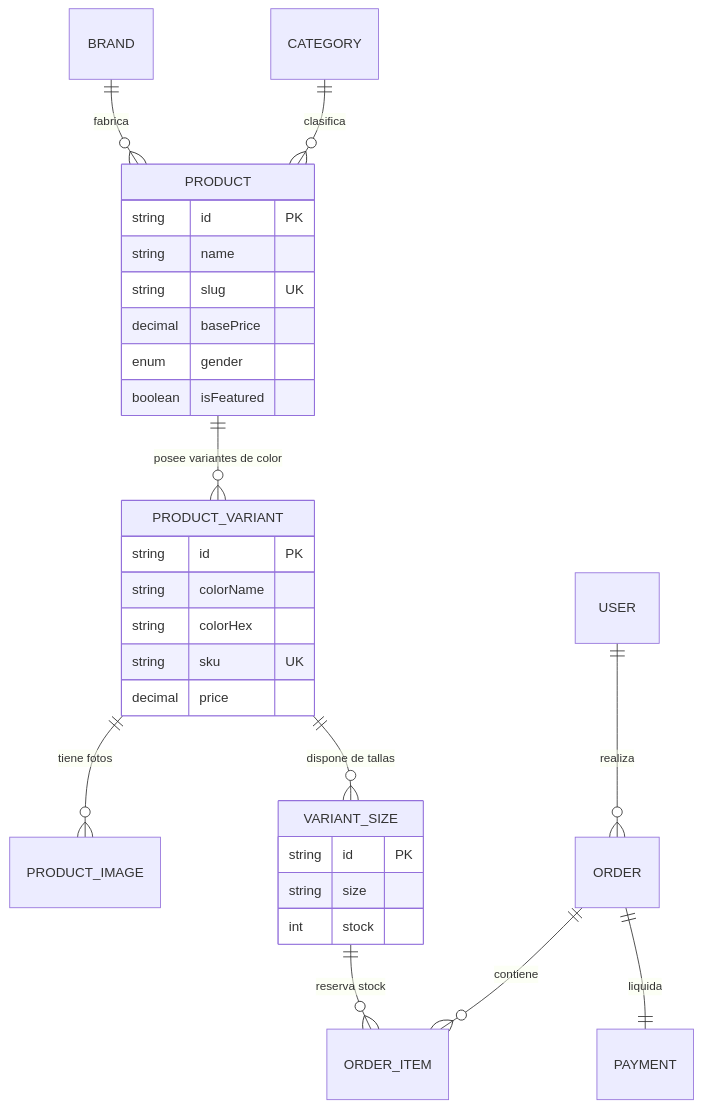
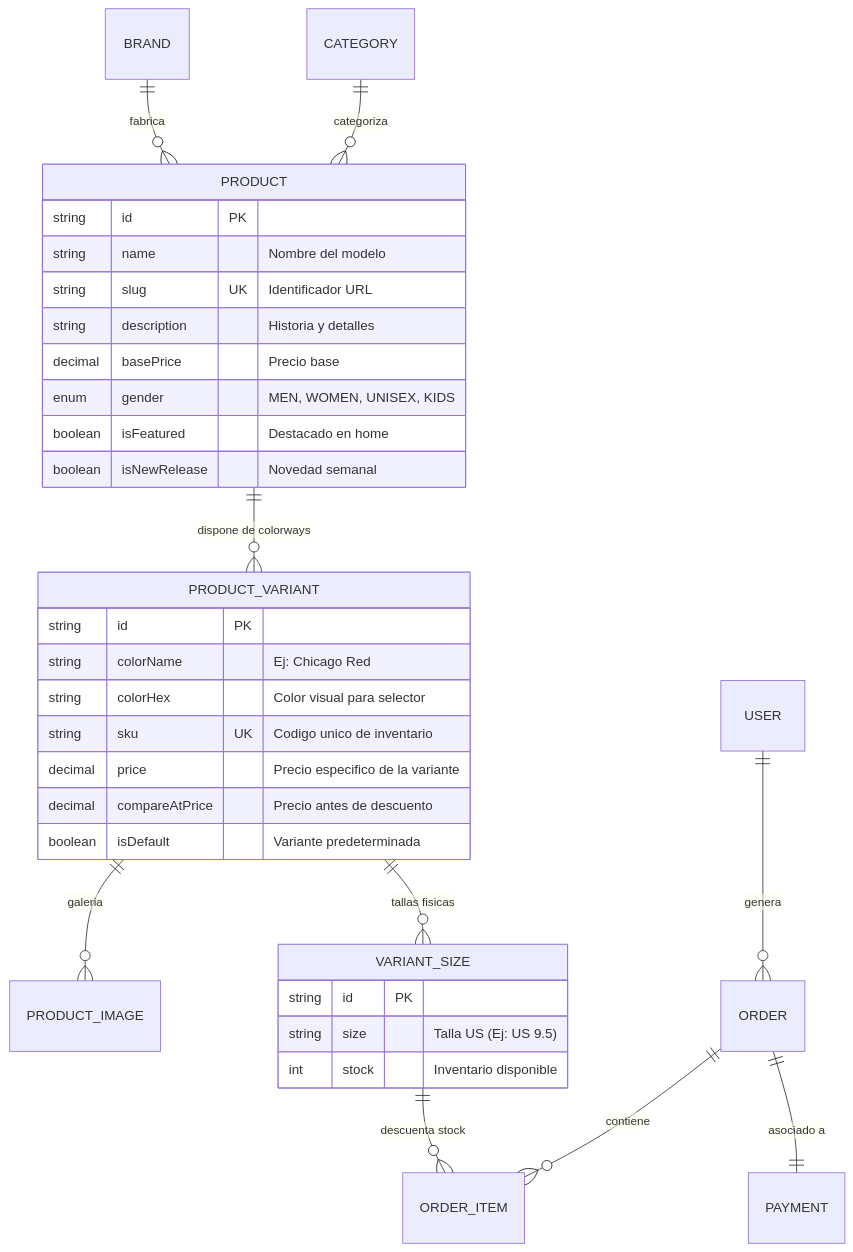
The second of 2 diagrams in README.md (TtheSebas/zapatillas), drawn with Mermaid before and after one commit. The commit also changed other lines of this file, not shown here.

````diff
--- a/README.md
+++ b/README.md
@@ -205,35 +277,39 @@
 ```mermaid
 erDiagram
     BRAND ||--o{ PRODUCT : "fabrica"
-    CATEGORY ||--o{ PRODUCT : "clasifica"
-    PRODUCT ||--o{ PRODUCT_VARIANT : "posee variantes de color"
-    PRODUCT_VARIANT ||--o{ PRODUCT_IMAGE : "tiene fotos"
-    PRODUCT_VARIANT ||--o{ VARIANT_SIZE : "dispone de tallas"
-    USER ||--o{ ORDER : "realiza"
+    CATEGORY ||--o{ PRODUCT : "categoriza"
+    PRODUCT ||--o{ PRODUCT_VARIANT : "dispone de colorways"
+    PRODUCT_VARIANT ||--o{ PRODUCT_IMAGE : "galeria"
+    PRODUCT_VARIANT ||--o{ VARIANT_SIZE : "tallas fisicas"
+    USER ||--o{ ORDER : "genera"
     ORDER ||--o{ ORDER_ITEM : "contiene"
-    VARIANT_SIZE ||--o{ ORDER_ITEM : "reserva stock"
-    ORDER ||--|| PAYMENT : "liquida"
+    VARIANT_SIZE ||--o{ ORDER_ITEM : "descuenta stock"
+    ORDER ||--|| PAYMENT : "asociado a"
 
     PRODUCT {
         string id PK
-        string name
-        string slug UK
-        decimal basePrice
-        enum gender
-        boolean isFeatured
+        string name "Nombre del modelo"
+        string slug UK "Identificador URL"
+        string description "Historia y detalles"
+        decimal basePrice "Precio base"
+        enum gender "MEN, WOMEN, UNISEX, KIDS"
+        boolean isFeatured "Destacado en home"
+        boolean isNewRelease "Novedad semanal"
     }
 
     PRODUCT_VARIANT {
         string id PK
-        string colorName
-        string colorHex
-        string sku UK
-        decimal price
+        string colorName "Ej: Chicago Red"
+        string colorHex "Color visual para selector"
+        string sku UK "Codigo unico de inventario"
+        decimal price "Precio especifico de la variante"
+        decimal compareAtPrice "Precio antes de descuento"
+        boolean isDefault "Variante predeterminada"
     }
 
     VARIANT_SIZE {
         string id PK
-        string size
-        int stock
+        string size "Talla US (Ej: US 9.5)"
+        int stock "Inventario disponible"
     }
 ```
````
